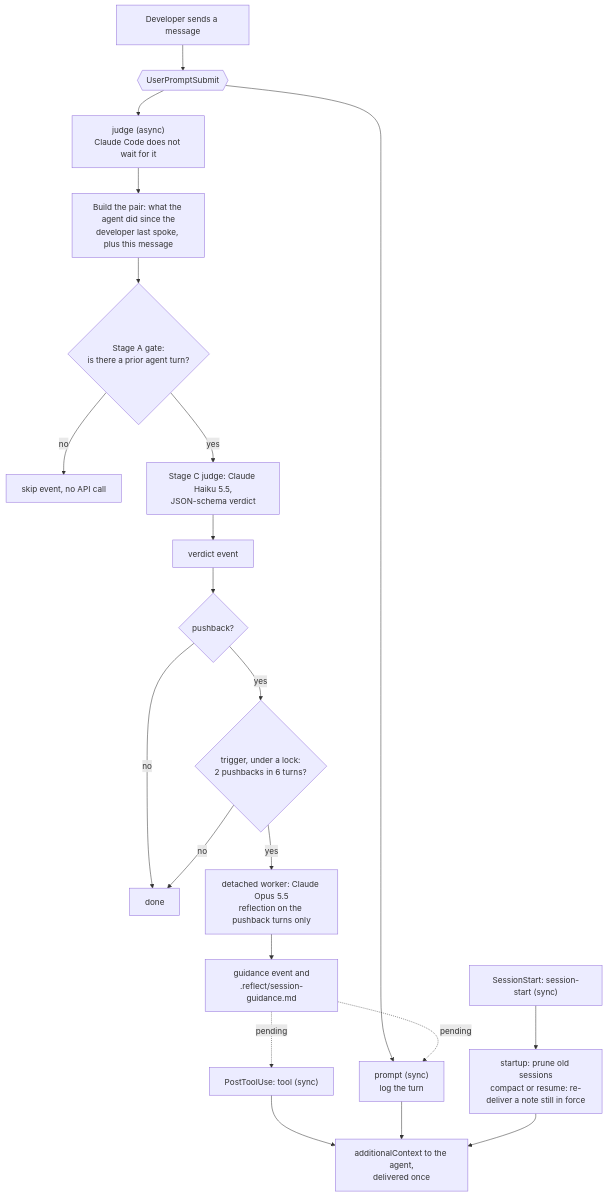
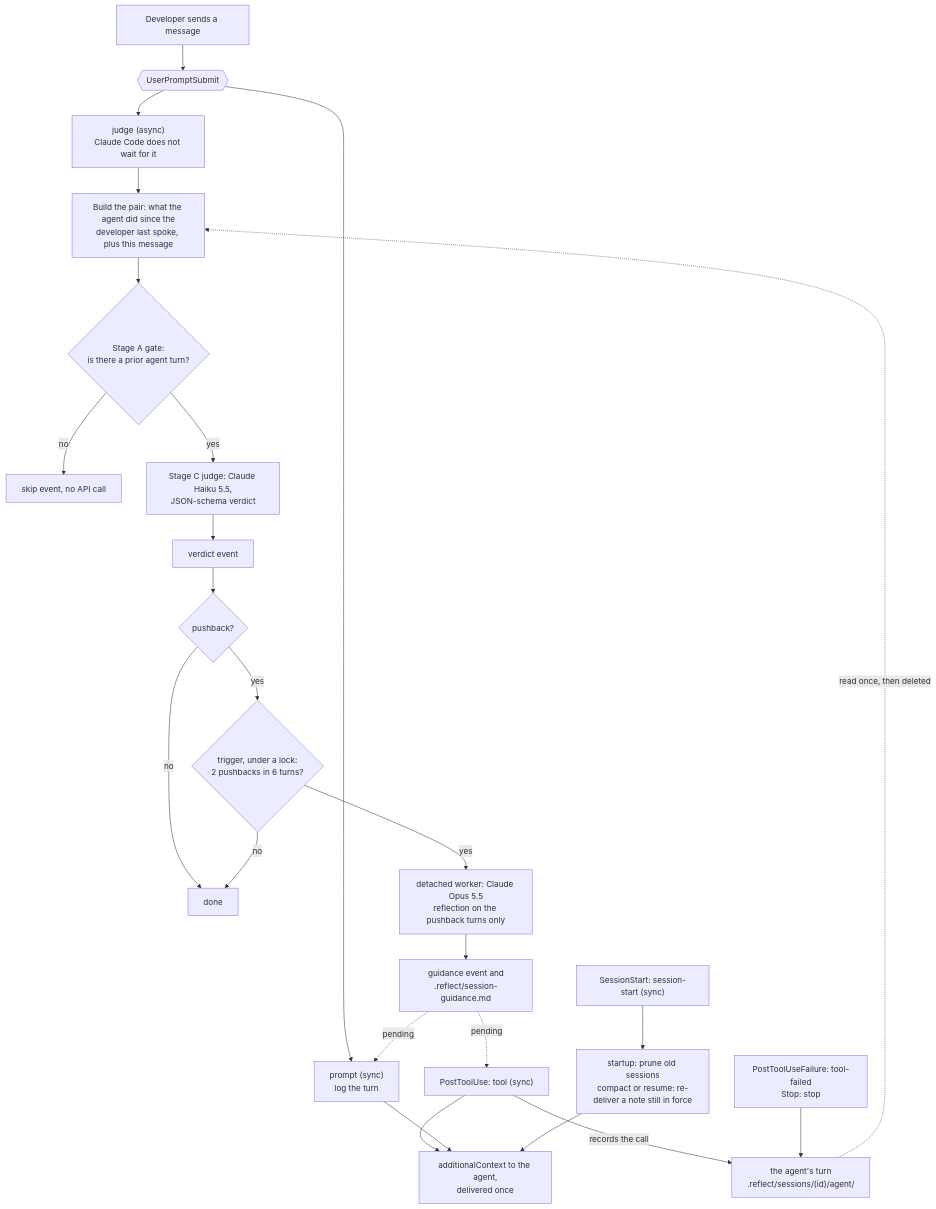
The diagram in ARCHITECTURE.md (chanjoongx/reflect), drawn with Mermaid before and after one commit. The commit also changed other lines of this file and 52 other files, not shown here.

````diff
--- a/ARCHITECTURE.md
+++ b/ARCHITECTURE.md
@@ -11,23 +11,26 @@
 ```mermaid
 flowchart TD
     M["Developer sends a message"] --> UPS{{"UserPromptSubmit"}}
     UPS --> PR["prompt (sync)<br/>log the turn"]
     UPS --> J["judge (async)<br/>Claude Code does not wait for it"]
     J --> PAIR["Build the pair: what the agent did since the<br/>developer last spoke, plus this message"]
     PAIR --> GATE{"Stage A gate:<br/>is there a prior agent turn?"}
     GATE -- no --> SKIP["skip event, no API call"]
     GATE -- yes --> JUDGE["Stage C judge: Claude Haiku 5.5,<br/>JSON-schema verdict"]
     JUDGE --> V["verdict event"]
     V --> PB{"pushback?"}
     PB -- no --> DONE["done"]
     PB -- yes --> ACC{"trigger, under a lock:<br/>2 pushbacks in 6 turns?"}
     ACC -- no --> DONE
     ACC -- yes --> REF["detached worker: Claude Opus 5.5<br/>reflection on the pushback turns only"]
     REF --> G["guidance event and<br/>.reflect/session-guidance.md"]
     G -. pending .-> T["PostToolUse: tool (sync)"]
     G -. pending .-> PR
+    T -- records the call --> AT["the agent's turn<br/>.reflect/sessions/(id)/agent/"]
+    TF["PostToolUseFailure: tool-failed<br/>Stop: stop"] --> AT
+    AT -. read once, then deleted .-> PAIR
     T --> CTX["additionalContext to the agent,<br/>delivered once"]
     PR --> CTX
     SS["SessionStart: session-start (sync)"] --> SS2["startup: prune old sessions<br/>compact or resume: re-deliver a note still in force"]
     SS2 --> CTX
 ```
````
